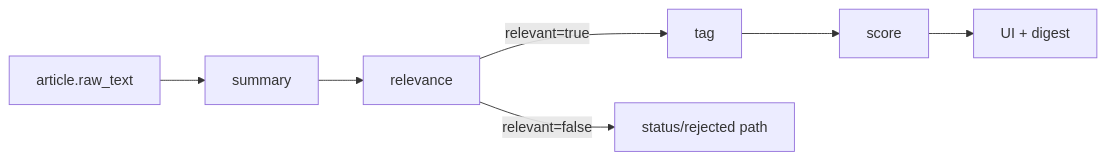
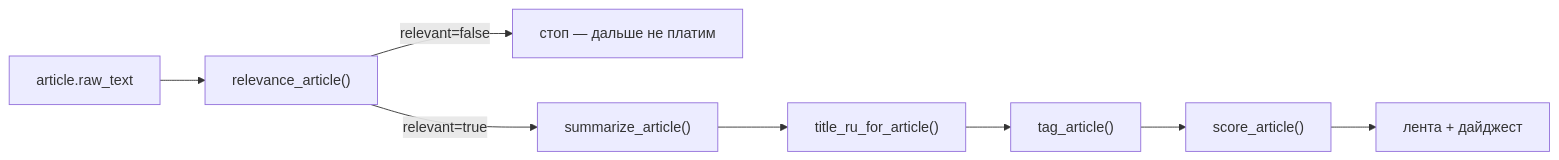
The second of 2 diagrams in docs/architecture.md (electromop/oiltech-digest), drawn with Mermaid before and after one commit. The commit also changed other lines of this file and 3 other files, not shown here.

First line of the commit message:
docs: архитектурные схемы к встрече с ИБ + №26/№27 в бэклоге

````diff
--- a/docs/architecture.md
+++ b/docs/architecture.md
@@ -145,9 +129,10 @@
 ```mermaid
 flowchart LR
-  A["article.raw_text"] --> S["summary"]
-  S --> R["relevance"]
-  R -->|relevant=true| T["tag"]
-  R -->|relevant=false| X["status/rejected path"]
-  T --> SC["score"]
-  SC --> RES["UI + digest"]
+  A["article.raw_text"] --> R["relevance_article()"]
+  R -->|relevant=false| X["стоп — дальше не платим"]
+  R -->|relevant=true| S["summarize_article()"]
+  S --> TR["title_ru_for_article()"]
+  TR --> T["tag_article()"]
+  T --> SC["score_article()"]
+  SC --> RES["лента + дайджест"]
 ```
````
